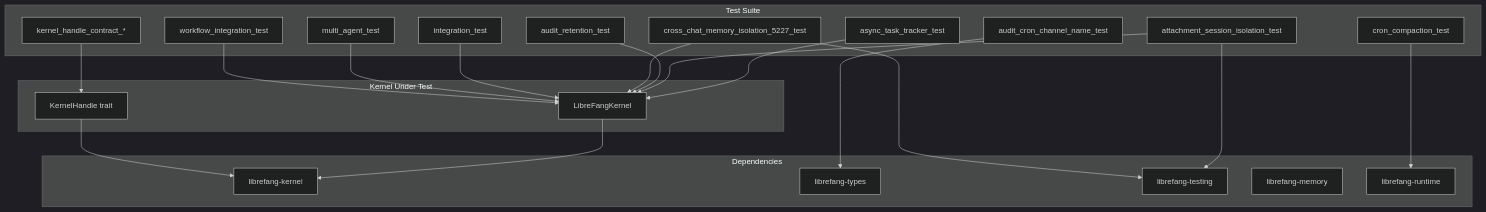
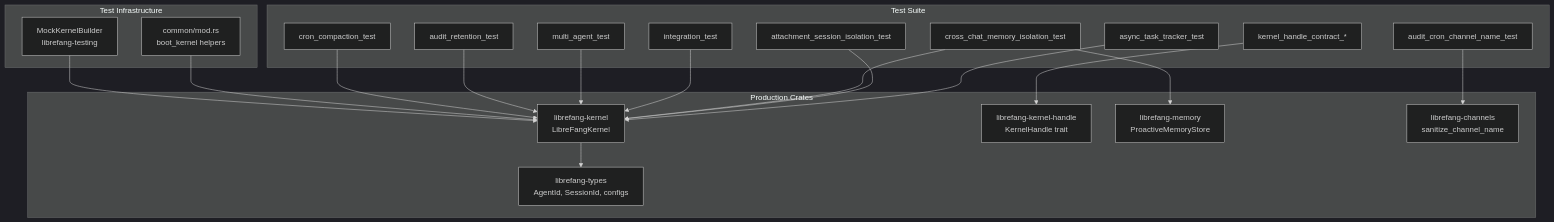
The diagram in other-librefang-kernel-tests.md (leszek3737/librefang-WIki), drawn with Mermaid (dark theme) before and after one commit. The commit also changed other lines of this file and 119 other files, not shown here.

````diff
--- a/other-librefang-kernel-tests.md
+++ b/other-librefang-kernel-tests.md
@@ -9,43 +59,36 @@
 ```mermaid
 graph TD
     subgraph "Test Suite"
         A[async_task_tracker_test]
         B[attachment_session_isolation_test]
         C[audit_cron_channel_name_test]
         D[audit_retention_test]
         E[cron_compaction_test]
-        F[cross_chat_memory_isolation_5227_test]
+        F[cross_chat_memory_isolation_test]
         G[integration_test]
         H[kernel_handle_contract_*]
         I[multi_agent_test]
-        J[workflow_integration_test]
     end
 
-    subgraph "Kernel Under Test"
-        K[LibreFangKernel]
-        L[KernelHandle trait]
+    subgraph "Test Infrastructure"
+        J[common/mod.rs<br/>boot_kernel helpers]
+        K[MockKernelBuilder<br/>librefang-testing]
     end
 
-    subgraph "Dependencies"
-        M[librefang-kernel]
-        N[librefang-types]
-        O[librefang-testing]
-        P[librefang-memory]
-        Q[librefang-runtime]
+    subgraph "Production Crates"
+        L[librefang-kernel<br/>LibreFangKernel]
+        M[librefang-kernel-handle<br/>KernelHandle trait]
+        N[librefang-types<br/>AgentId, SessionId, configs]
+        O[librefang-memory<br/>ProactiveMemoryStore]
+        P[librefang-channels<br/>sanitize_channel_name]
     end
 
-    A --> K
-    B --> K
-    D --> K
-    E --> Q
-    F --> K
-    G --> K
-    H --> L
-    I --> K
-    J --> K
-    K --> M
-    L --> M
-    B --> O
+    H --> M
+    A & B & F & G & I --> L
+    C --> P
+    D & E --> L
+    J --> L
+    K --> L
+    L --> N
     F --> O
-    C --> N
 ```
````
